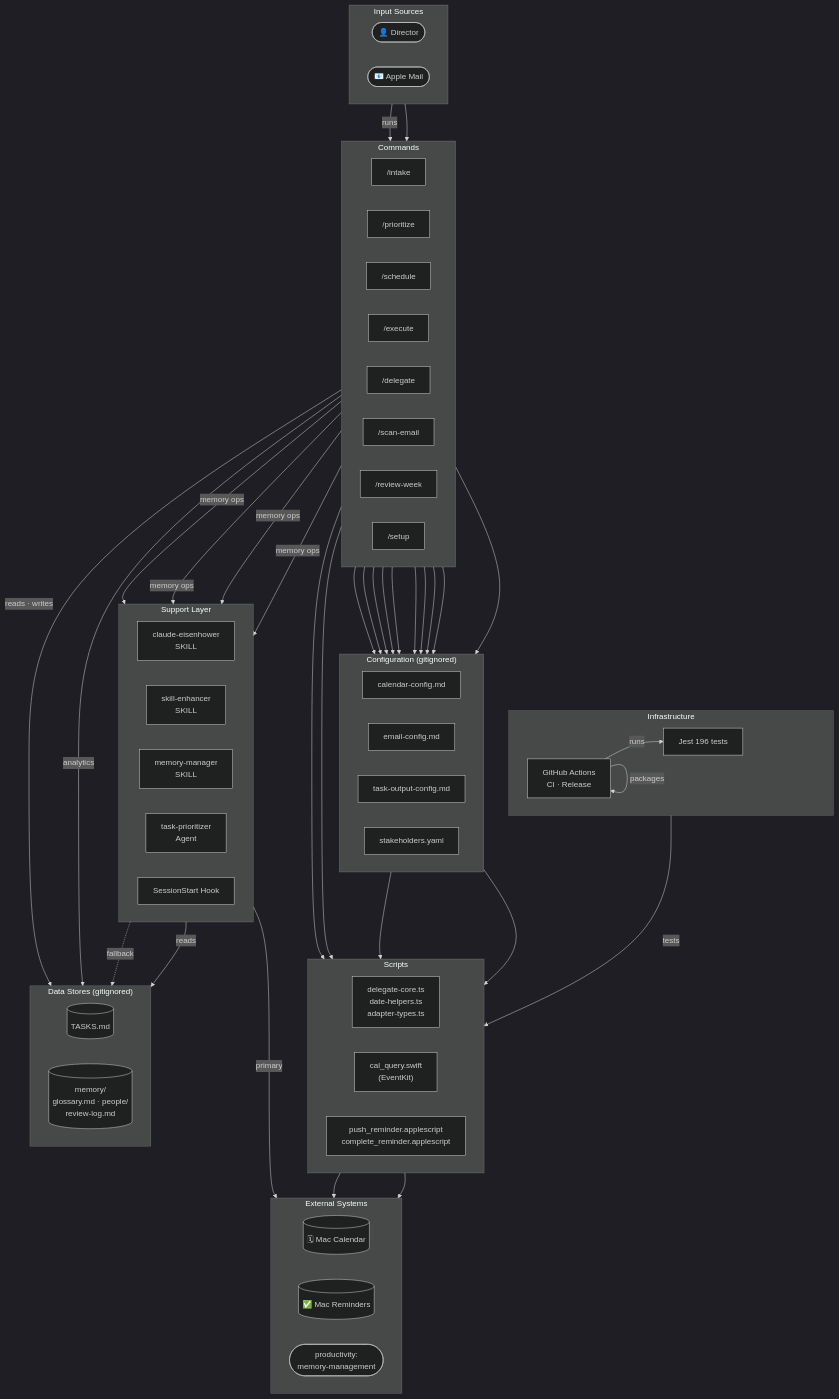
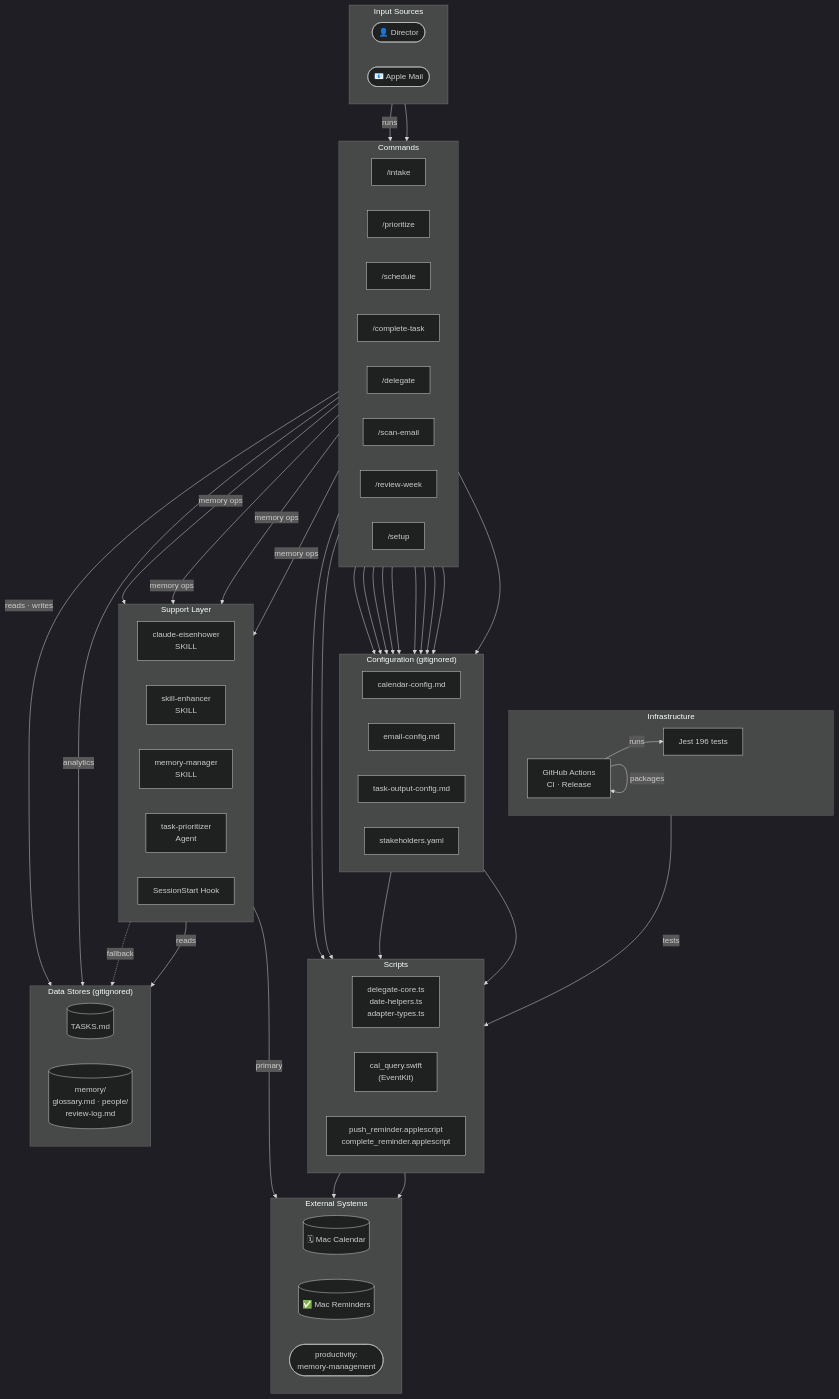
Before and after one commit to chriscantu/claude-eisenhower: the first of 3 diagrams in docs/architecture.md, drawn with Mermaid (dark theme). The commit also changed other lines of this file and 16 other files, not shown here.

```diff
--- a/docs/architecture.md
+++ b/docs/architecture.md
@@ -28,7 +28,7 @@
         intake["/intake"]
         prioritize["/prioritize"]
         schedule["/schedule"]
-        execute["/execute"]
+        execute["/complete-task"]
         delegate["/delegate"]
         scanemail["/scan-email"]
         reviewweek["/review-week"]
```
